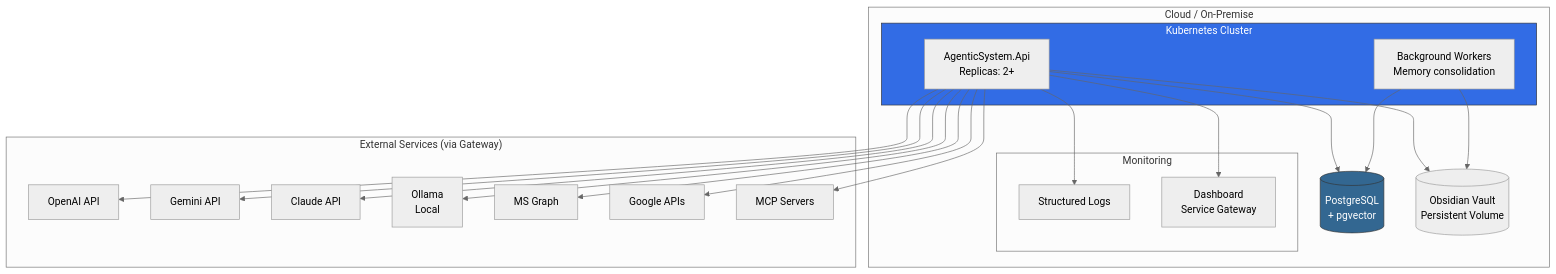
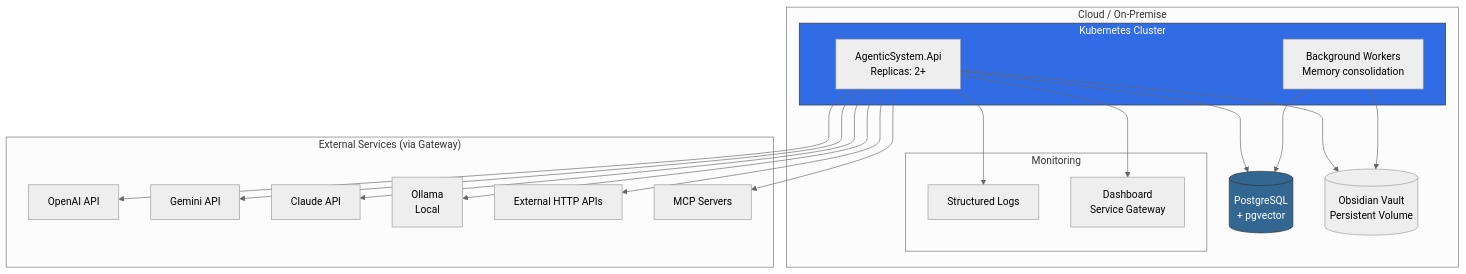
One commit to JonathanBenicio/Agent-System changed the sixth of 9 diagrams in docs/architecture/diagrams.md. Above: the diagram before and after it, drawn with Mermaid (neutral theme). The commit also changed other lines of this file and 21 other files, not shown here.

````diff
--- a/docs/architecture/diagrams.md
+++ b/docs/architecture/diagrams.md
@@ -293,46 +291,44 @@
 ```mermaid
 graph TB
     subgraph Cloud["Cloud / On-Premise"]
         subgraph K8s["Kubernetes Cluster"]
             API_POD[AgenticSystem.Api<br/>Replicas: 2+]
             WORKER[Background Workers<br/>Memory consolidation]
         end
 
         PG_SVC[(PostgreSQL<br/>+ pgvector)]
         OBSIDIAN_VOL[(Obsidian Vault<br/>Persistent Volume)]
 
         subgraph Monitoring
             LOGS[Structured Logs]
             AI_DASH[Dashboard<br/>Service Gateway]
         end
     end
 
     subgraph External["External Services (via Gateway)"]
         OPENAI[OpenAI API]
         GEMINI[Gemini API]
         CLAUDE[Claude API]
         OLLAMA[Ollama<br/>Local]
-        GRAPH[MS Graph]
-        GOOGLE[Google APIs]
+        EXT_HTTP[External HTTP APIs]
         MCP_EXT[MCP Servers]
     end
 
     API_POD --> PG_SVC
     API_POD --> OBSIDIAN_VOL
     WORKER --> PG_SVC
     WORKER --> OBSIDIAN_VOL
 
     API_POD --> OPENAI
     API_POD --> GEMINI
     API_POD --> CLAUDE
     API_POD --> OLLAMA
-    API_POD --> GRAPH
-    API_POD --> GOOGLE
+    API_POD --> EXT_HTTP
     API_POD --> MCP_EXT
 
     API_POD --> LOGS
     API_POD --> AI_DASH
 
     style K8s fill:#326ce5,stroke:#333,color:#fff
     style PG_SVC fill:#336791,stroke:#333,color:#fff
 ```
````
